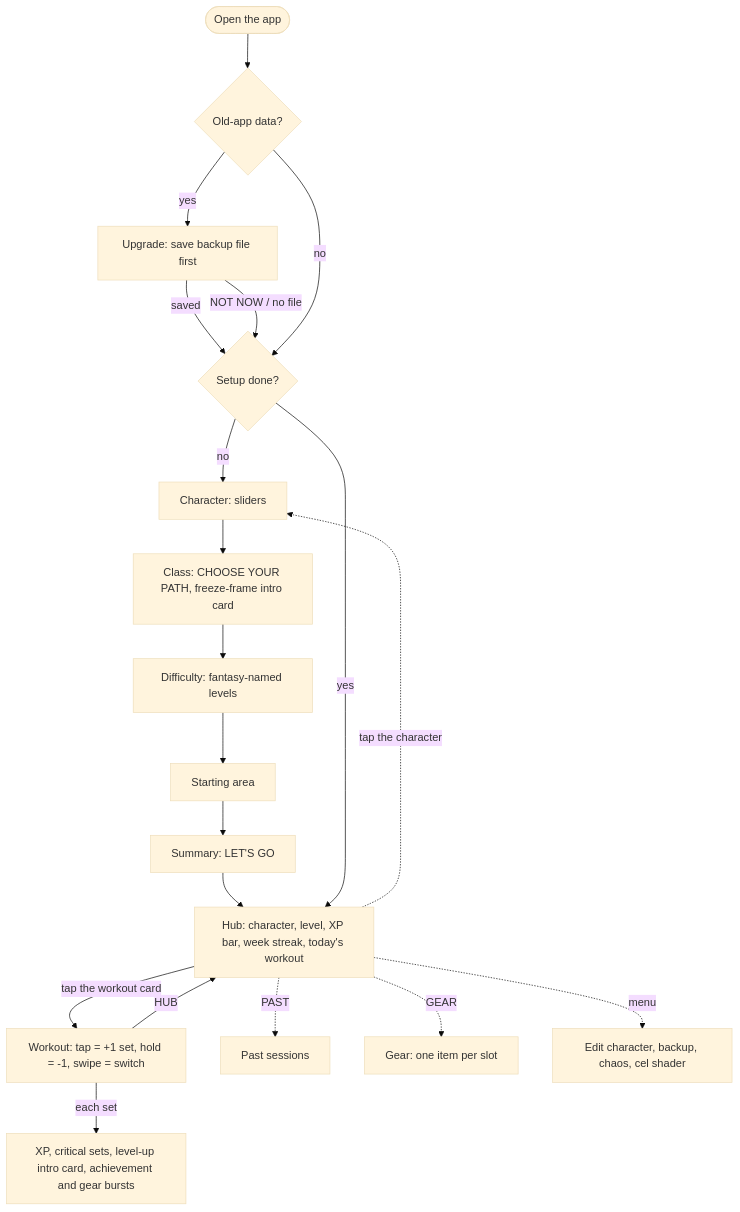
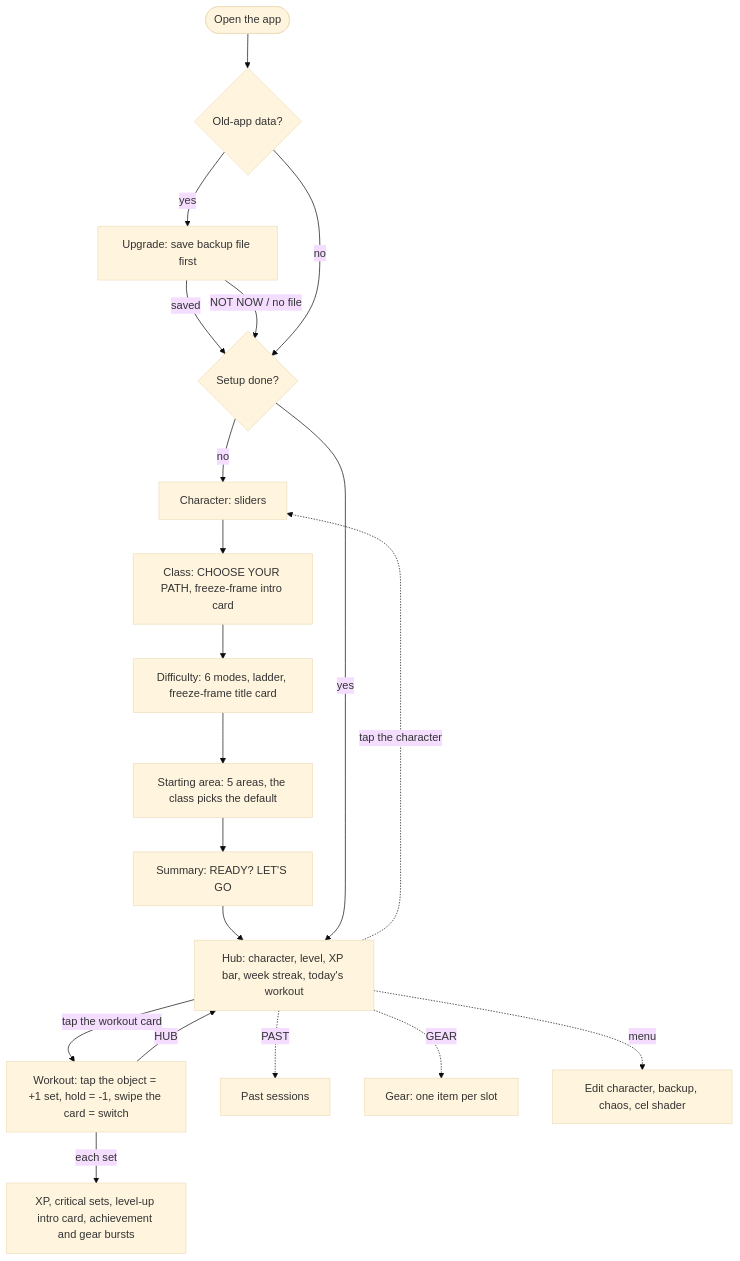
One commit to alex-antohi/pumplex changed the diagram in docs/app-flow.md. Above: the diagram before and after it, drawn with Mermaid (base theme). The commit also changed other lines of this file and 6 other files, not shown here.

````diff
--- a/docs/app-flow.md
+++ b/docs/app-flow.md
@@ -24,24 +24,24 @@
 ```mermaid
 flowchart TD
     launch([Open the app]) --> old{Old-app data?}
     old -- yes --> migrate[Upgrade: save backup file first]
     migrate -- saved --> setupDone
     migrate -- NOT NOW / no file --> setupDone
     old -- no --> setupDone{Setup done?}
     setupDone -- no --> char[Character: sliders]
     char --> cls[Class: CHOOSE YOUR PATH, freeze-frame intro card]
-    cls --> diff[Difficulty: fantasy-named levels]
-    diff --> area[Starting area]
-    area --> summary[Summary: LET'S GO]
+    cls --> diff[Difficulty: 6 modes, ladder, freeze-frame title card]
+    diff --> area[Starting area: 5 areas, the class picks the default]
+    area --> summary[Summary: READY? LET'S GO]
     summary --> hub
     setupDone -- yes --> hub[Hub: character, level, XP bar, week streak, today's workout]
 
-    hub -- tap the workout card --> work[Workout: tap = +1 set, hold = -1, swipe = switch]
+    hub -- tap the workout card --> work[Workout: tap the object = +1 set, hold = -1, swipe the card = switch]
     work -- each set --> xp[XP, critical sets, level-up intro card, achievement and gear bursts]
     work -- HUB --> hub
 
     hub -. PAST .-> history[Past sessions]
     hub -. GEAR .-> gear[Gear: one item per slot]
     hub -. tap the character .-> char
     hub -. menu .-> menu[Edit character, backup, chaos, cel shader]
 ```
````
